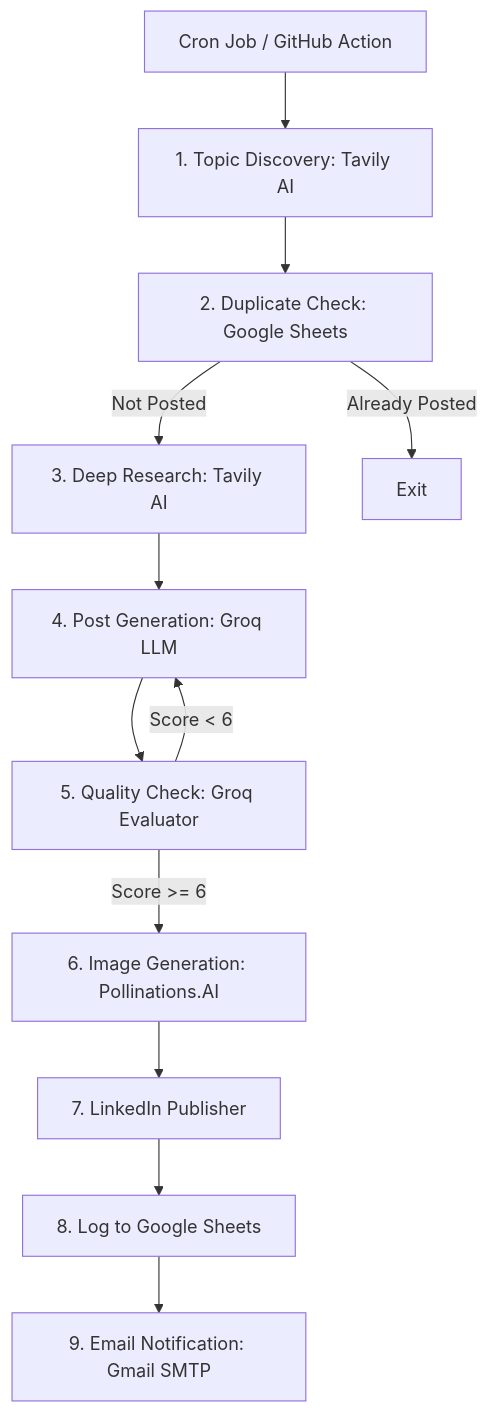
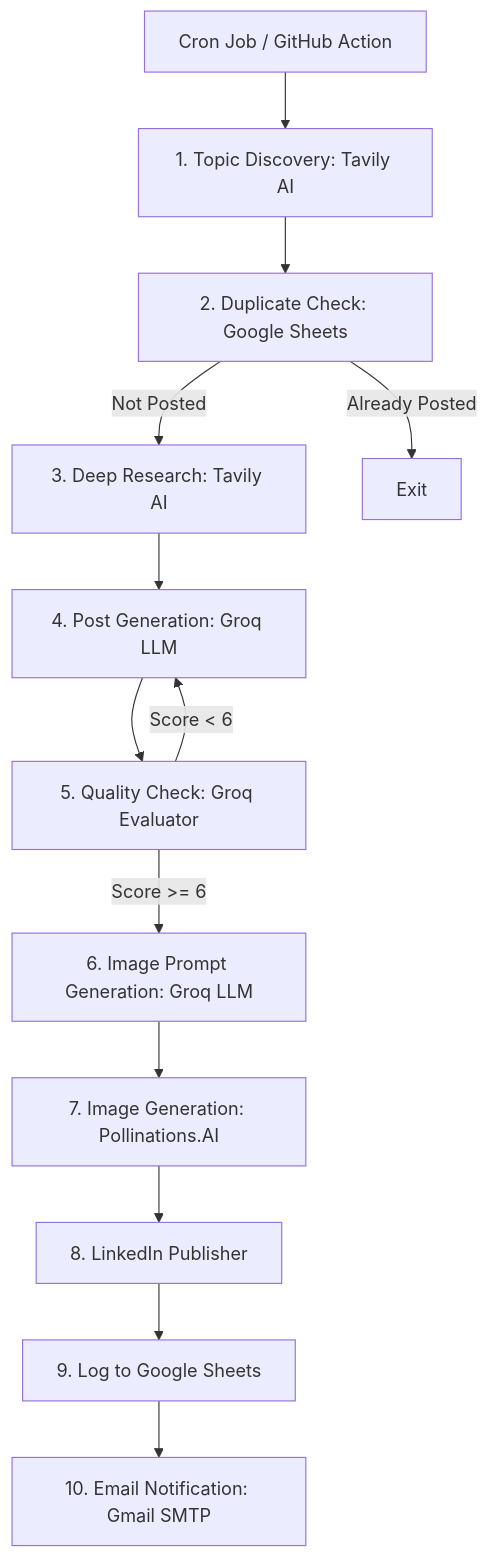
One commit to Avijit-roy/Linkedin-post-automation changed the diagram in README.md. Above: the diagram before and after it, drawn with Mermaid. The commit also changed other lines of this file, not shown here.

Commit message:
update readme for dynamic image prompt generation

````diff
--- a/README.md
+++ b/README.md
@@ -9,14 +9,15 @@
 ```mermaid
 flowchart TD
     A[Cron Job / GitHub Action] --> B[1. Topic Discovery: Tavily AI]
     B --> C[2. Duplicate Check: Google Sheets]
     C -->|Not Posted| D[3. Deep Research: Tavily AI]
     C -->|Already Posted| Exit[Exit]
     D --> E[4. Post Generation: Groq LLM]
     E --> F[5. Quality Check: Groq Evaluator]
-    F -->|Score >= 6| G[6. Image Generation: Pollinations.AI]
+    F -->|Score >= 6| G[6. Image Prompt Generation: Groq LLM]
     F -->|Score < 6| E
-    G --> H[7. LinkedIn Publisher]
-    H --> I[8. Log to Google Sheets]
-    I --> J[9. Email Notification: Gmail SMTP]
+    G --> H[7. Image Generation: Pollinations.AI]
+    H --> I[8. LinkedIn Publisher]
+    I --> J[9. Log to Google Sheets]
+    J --> K[10. Email Notification: Gmail SMTP]
 ```
````
